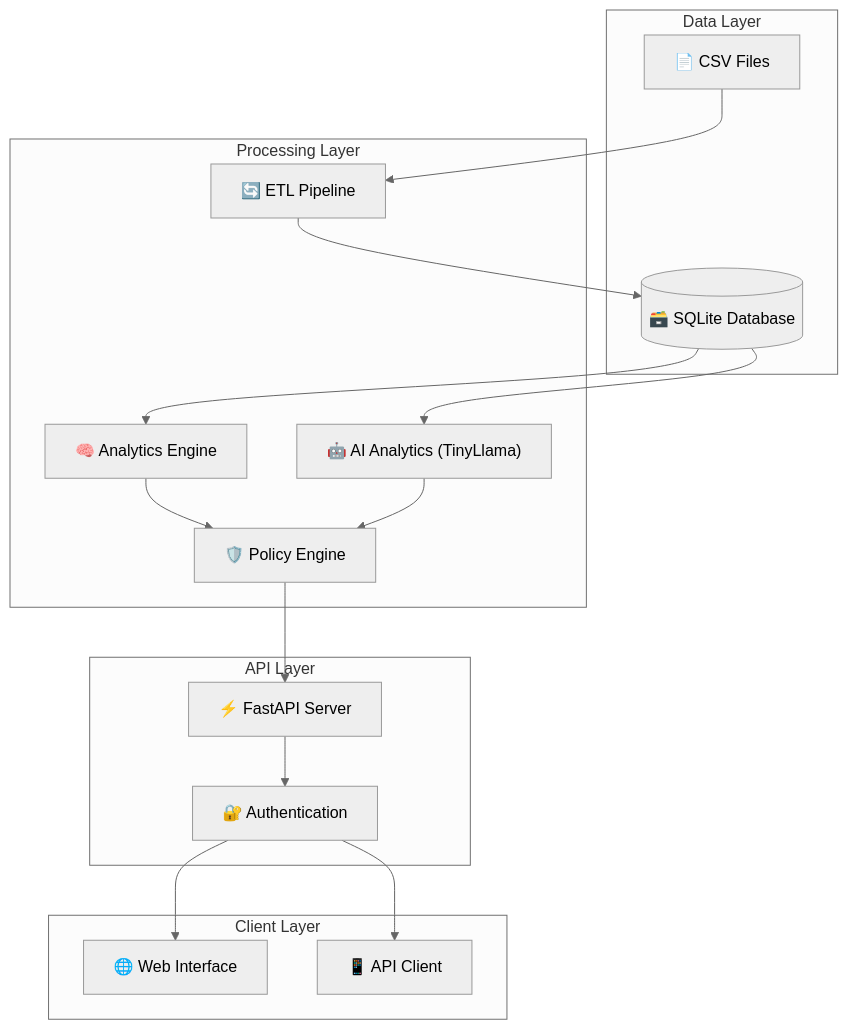
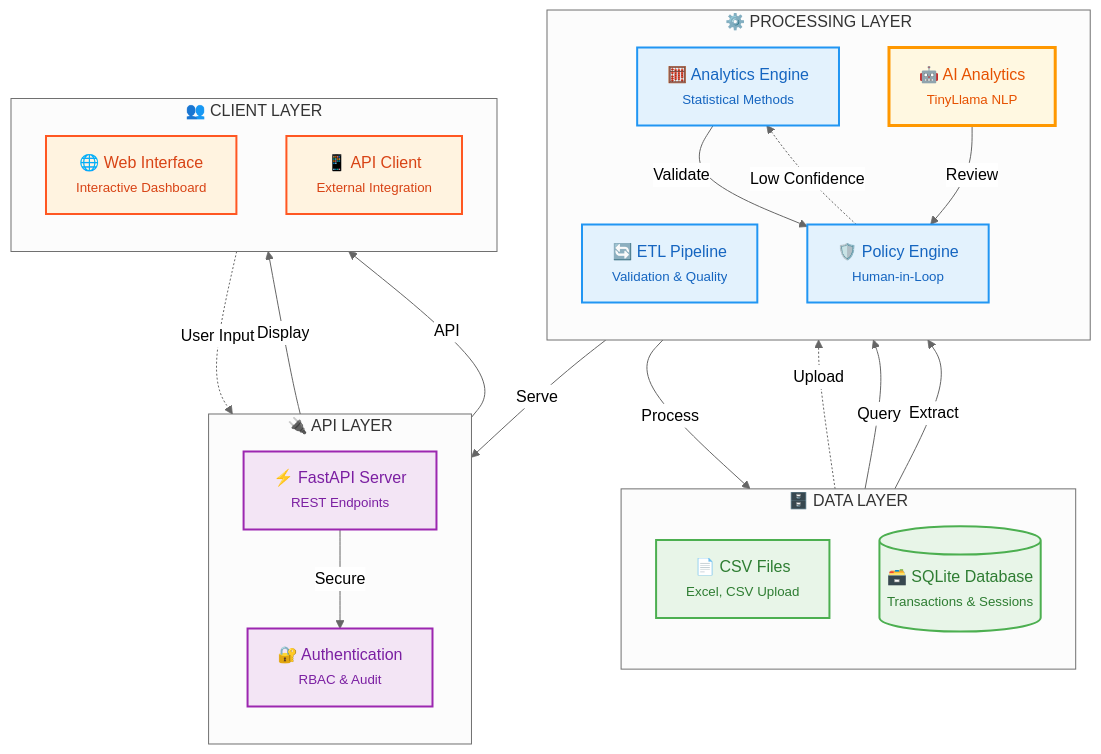
One commit to VIKAS9793/moatmetrics changed the diagram in README.md. Above: the diagram before and after it, drawn with Mermaid (neutral theme). The commit also changed other lines of this file, not shown here.

First line of the commit message:
docs: modernize README with enhanced visuals and improved architecture

````diff
--- a/README.md
+++ b/README.md
@@ -70,35 +87,57 @@
 ```mermaid
 flowchart TB
-    subgraph "Data Layer"
-        CSV["📄 CSV Files"]
-        DB[("🗃️ SQLite Database")]
+    subgraph "🗄️ DATA LAYER"
+        direction TB
+        CSV["📄 CSV Files<br/><small>Excel, CSV Upload</small>"]
+        DB[("🗃️ SQLite Database<br/><small>Transactions & Sessions</small>")]
     end
     
-    subgraph "Processing Layer"
-        ETL["🔄 ETL Pipeline"]
-        Analytics["🧠 Analytics Engine"]
-        AI["🤖 AI Analytics (TinyLlama)"]
-        Governance["🛡️ Policy Engine"]
+    subgraph "⚙️ PROCESSING LAYER"
+        direction TB
+        ETL["🔄 ETL Pipeline<br/><small>Validation & Quality</small>"]
+        Analytics["🧮 Analytics Engine<br/><small>Statistical Methods</small>"]
+        AI["🤖 AI Analytics<br/><small>TinyLlama NLP</small>"]
+        Governance["🛡️ Policy Engine<br/><small>Human-in-Loop</small>"]
     end
     
-    subgraph "API Layer"
-        FastAPI["⚡ FastAPI Server"]
-        Auth["🔐 Authentication"]
+    subgraph "🔌 API LAYER"
+        direction TB
+        FastAPI["⚡ FastAPI Server<br/><small>REST Endpoints</small>"]
+        Auth["🔐 Authentication<br/><small>RBAC & Audit</small>"]
     end
     
-    subgraph "Client Layer"
-        WebUI["🌐 Web Interface"]
-        API_Client["📱 API Client"]
+    subgraph "👥 CLIENT LAYER"
+        direction TB
+        WebUI["🌐 Web Interface<br/><small>Interactive Dashboard</small>"]
+        API_Client["📱 API Client<br/><small>External Integration</small>"]
     end
     
-    CSV --> ETL
-    ETL --> DB
-    DB --> Analytics
-    DB --> AI
-    Analytics --> Governance
-    AI --> Governance
-    Governance --> FastAPI
-    FastAPI --> Auth
-    Auth --> WebUI
-    Auth --> API_Client
+    %% Data Flow Connections
+    CSV -.->|Upload| ETL
+    ETL -->|Process| DB
+    DB -->|Query| Analytics
+    DB -->|Extract| AI
+    Analytics -->|Validate| Governance
+    AI -->|Review| Governance
+    Governance -->|Serve| FastAPI
+    FastAPI -->|Secure| Auth
+    Auth -->|Display| WebUI
+    Auth -->|API| API_Client
+    
+    %% Feedback Loops
+    Governance -.->|Low Confidence| Analytics
+    WebUI -.->|User Input| FastAPI
+    
+    %% Advanced Styling
+    classDef dataLayer fill:#E8F5E8,stroke:#4CAF50,stroke-width:2px,color:#2E7D32
+    classDef processLayer fill:#E3F2FD,stroke:#2196F3,stroke-width:2px,color:#1565C0
+    classDef aiLayer fill:#FFF8E1,stroke:#FF9800,stroke-width:3px,color:#E65100
+    classDef apiLayer fill:#F3E5F5,stroke:#9C27B0,stroke-width:2px,color:#7B1FA2
+    classDef clientLayer fill:#FFF3E0,stroke:#FF5722,stroke-width:2px,color:#D84315
+    
+    class CSV,DB dataLayer
+    class ETL,Analytics,Governance processLayer
+    class AI aiLayer
+    class FastAPI,Auth apiLayer
+    class WebUI,API_Client clientLayer
 ```
````
